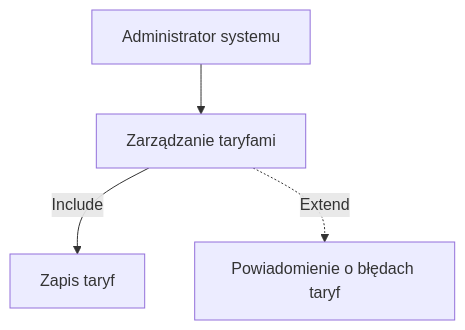
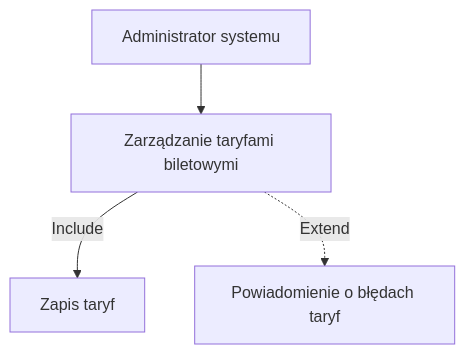
One commit to FilobokHlib/MWO changed the third of 4 diagrams in Diagramy_UC.md. Above: the diagram before and after it, drawn with Mermaid. The commit also changed other lines of this file, not shown here.

Commit message:
Update section title for ticket fare management

````diff
--- a/Diagramy_UC.md
+++ b/Diagramy_UC.md
@@ -31,11 +31,11 @@
 ```mermaid
 flowchart TD
     N[Administrator systemu] 
-    A[Zarządzanie taryfami]
+    A[Zarządzanie taryfami biletowymi]
     B[Zapis taryf]
     C[Powiadomienie o błędach taryf]
 
     N --> A
     A -->|Include| B
     A -.->|Extend| C
 ```
````
